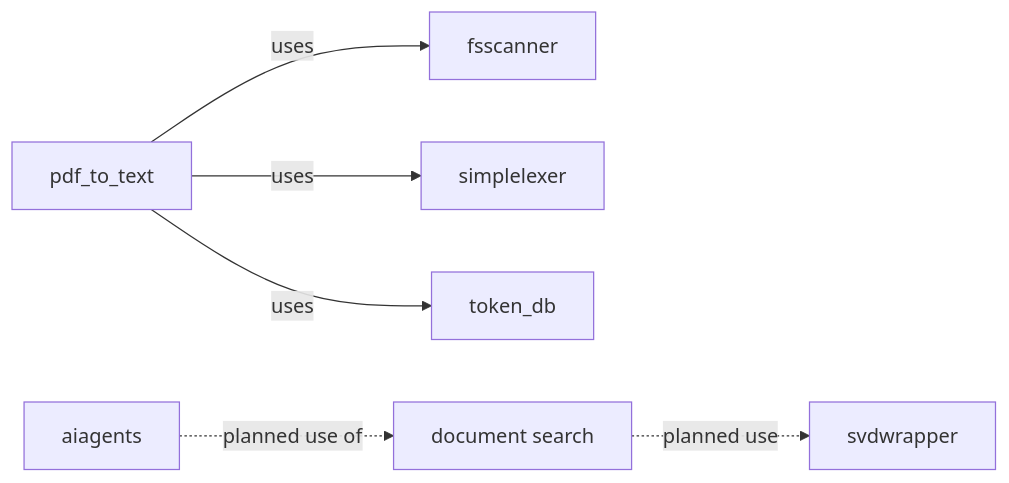
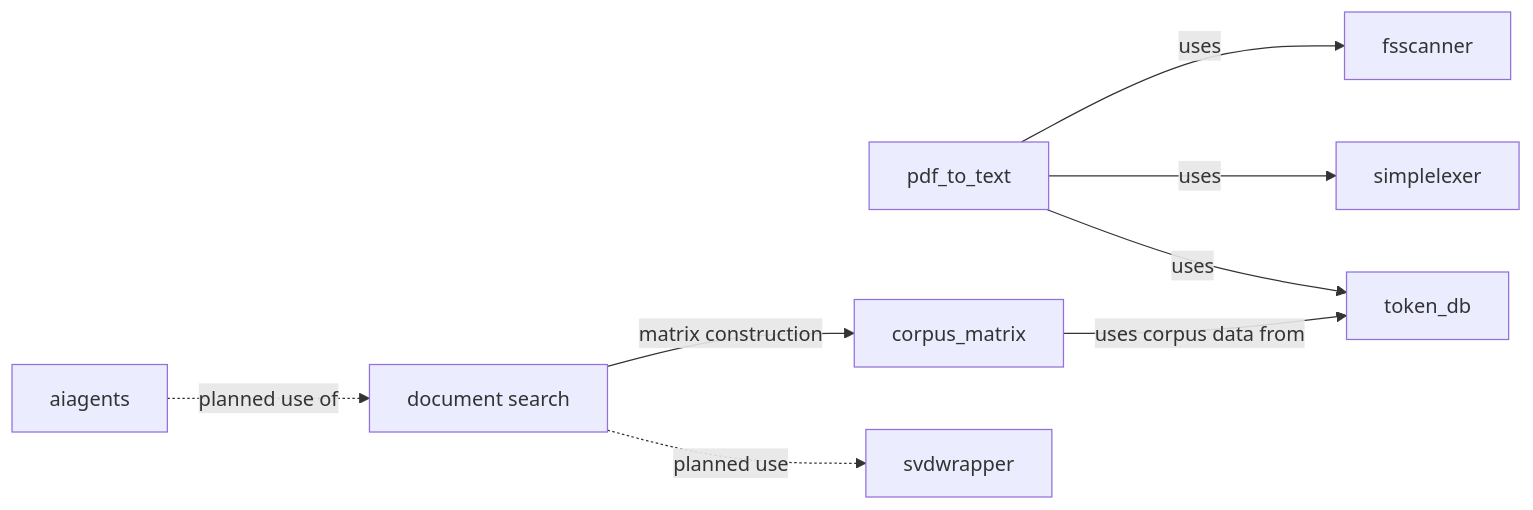
The fourth of 6 diagrams in README.md (witold-k/witold-k), drawn with Mermaid before and after one commit. The commit also changed other lines of this file, not shown here.

Commit message:
Add corpus_matrix to project overview

````diff
--- a/README.md
+++ b/README.md
@@ -71,8 +72,10 @@
 ```mermaid
 flowchart LR
     P[pdf_to_text] -->|uses| FS[fsscanner]
     P -->|uses| LX[simplelexer]
     P -->|uses| T[token_db]
-    SEARCH[document search] -.->|planned use| SVD[svdwrapper]
+    CM[corpus_matrix] -->|uses corpus data from| T
+    SEARCH[document search] -->|matrix construction| CM
+    SEARCH -.->|planned use| SVD[svdwrapper]
     A[aiagents] -.->|planned use of| SEARCH
 ```
````
